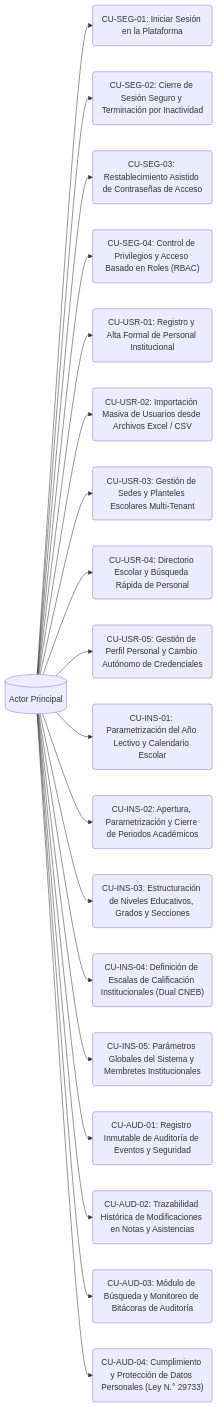
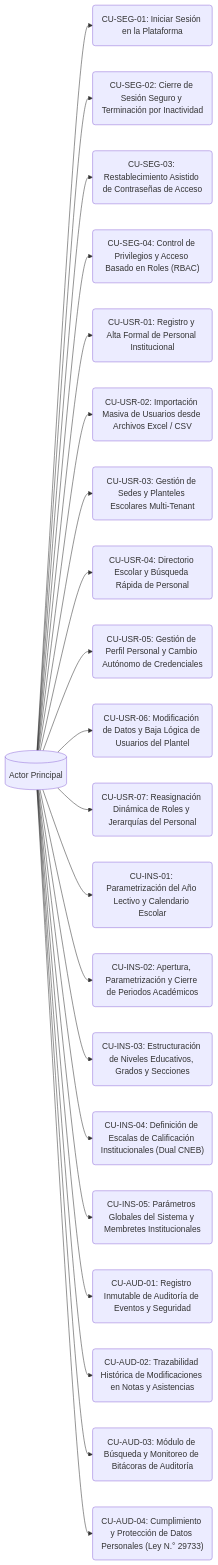
One commit to Eduardo-Sebastian-Paipay-Vega/school-management-system changed the diagram in D - Base 1 - 01092026/Fase 2/Casos de uso/Squad 1 - Core y Seguridad/README.md. Above: the diagram before and after it, drawn with Mermaid. The commit also changed other lines of this file and 23 other files, not shown here.

````diff
--- a/D - Base 1 - 01092026/Fase 2/Casos de uso/Squad 1 - Core y Seguridad/README.md
+++ b/D - Base 1 - 01092026/Fase 2/Casos de uso/Squad 1 - Core y Seguridad/README.md
@@ -14,22 +14,24 @@
 ```mermaid
 flowchart LR
     Actor[("Actor Principal")]
     Actor --> CU_SEG_01("CU-SEG-01: Iniciar Sesión en la Plataforma")
     Actor --> CU_SEG_02("CU-SEG-02: Cierre de Sesión Seguro y Terminación por Inactividad")
     Actor --> CU_SEG_03("CU-SEG-03: Restablecimiento Asistido de Contraseñas de Acceso")
     Actor --> CU_SEG_04("CU-SEG-04: Control de Privilegios y Acceso Basado en Roles (RBAC)")
     Actor --> CU_USR_01("CU-USR-01: Registro y Alta Formal de Personal Institucional")
     Actor --> CU_USR_02("CU-USR-02: Importación Masiva de Usuarios desde Archivos Excel / CSV")
     Actor --> CU_USR_03("CU-USR-03: Gestión de Sedes y Planteles Escolares Multi-Tenant")
     Actor --> CU_USR_04("CU-USR-04: Directorio Escolar y Búsqueda Rápida de Personal")
     Actor --> CU_USR_05("CU-USR-05: Gestión de Perfil Personal y Cambio Autónomo de Credenciales")
+    Actor --> CU_USR_06("CU-USR-06: Modificación de Datos y Baja Lógica de Usuarios del Plantel")
+    Actor --> CU_USR_07("CU-USR-07: Reasignación Dinámica de Roles y Jerarquías del Personal")
     Actor --> CU_INS_01("CU-INS-01: Parametrización del Año Lectivo y Calendario Escolar")
     Actor --> CU_INS_02("CU-INS-02: Apertura, Parametrización y Cierre de Periodos Académicos")
     Actor --> CU_INS_03("CU-INS-03: Estructuración de Niveles Educativos, Grados y Secciones")
     Actor --> CU_INS_04("CU-INS-04: Definición de Escalas de Calificación Institucionales (Dual CNEB)")
     Actor --> CU_INS_05("CU-INS-05: Parámetros Globales del Sistema y Membretes Institucionales")
     Actor --> CU_AUD_01("CU-AUD-01: Registro Inmutable de Auditoría de Eventos y Seguridad")
     Actor --> CU_AUD_02("CU-AUD-02: Trazabilidad Histórica de Modificaciones en Notas y Asistencias")
     Actor --> CU_AUD_03("CU-AUD-03: Módulo de Búsqueda y Monitoreo de Bitácoras de Auditoría")
     Actor --> CU_AUD_04("CU-AUD-04: Cumplimiento y Protección de Datos Personales (Ley N.° 29733)")
 ```
````
